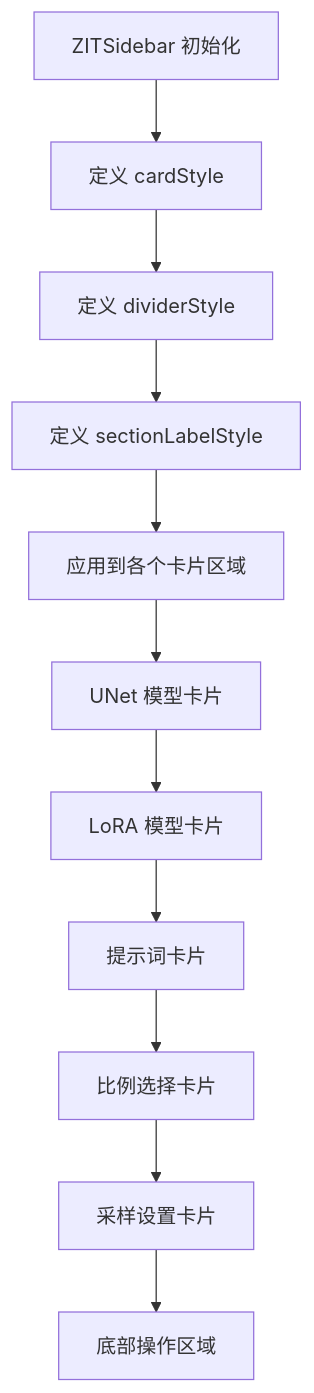
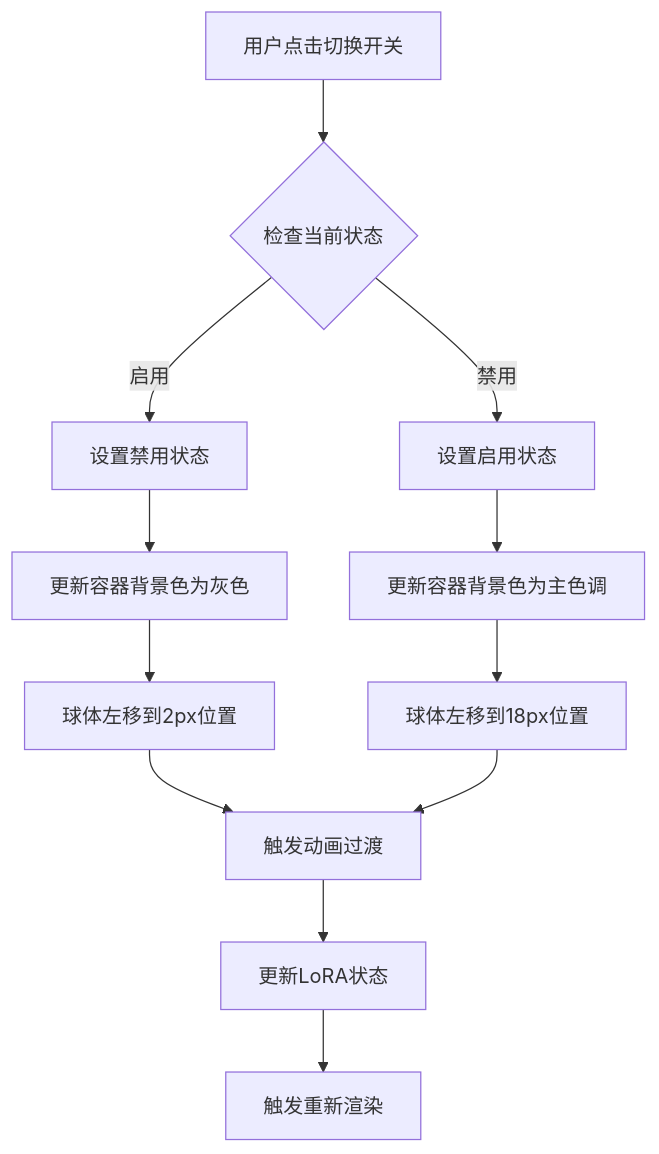
Before and after one commit to billye220670/CorineKit_Pix2Real: the fifth of 16 diagrams in .qoder/repowiki/zh/content/用户界面组件/控制面板组件/ZIT快出侧边栏.md, drawn with Mermaid. The commit also changed other lines of this file and 49 other files, not shown here.

````diff
--- a/.qoder/repowiki/zh/content/用户界面组件/控制面板组件/ZIT快出侧边栏.md
+++ b/.qoder/repowiki/zh/content/用户界面组件/控制面板组件/ZIT快出侧边栏.md
@@ -306,13 +567,14 @@
 ```mermaid
 flowchart TD
-A[ZITSidebar 初始化] --> B[定义 cardStyle]
-B --> C[定义 dividerStyle]
-C --> D[定义 sectionLabelStyle]
-D --> E[应用到各个卡片区域]
-E --> F[UNet 模型卡片]
-F --> G[LoRA 模型卡片]
-G --> H[提示词卡片]
-H --> I[比例选择卡片]
-I --> J[采样设置卡片]
-J --> K[底部操作区域]
+A[用户点击切换开关] --> B{检查当前状态}
+B --> |启用| C[设置禁用状态]
+B --> |禁用| D[设置启用状态]
+C --> E[更新容器背景色为灰色]
+D --> F[更新容器背景色为主色调]
+E --> G[球体左移到2px位置]
+F --> H[球体左移到18px位置]
+G --> I[触发动画过渡]
+H --> I
+I --> J[更新LoRA状态]
+J --> K[触发重新渲染]
 ```
````
